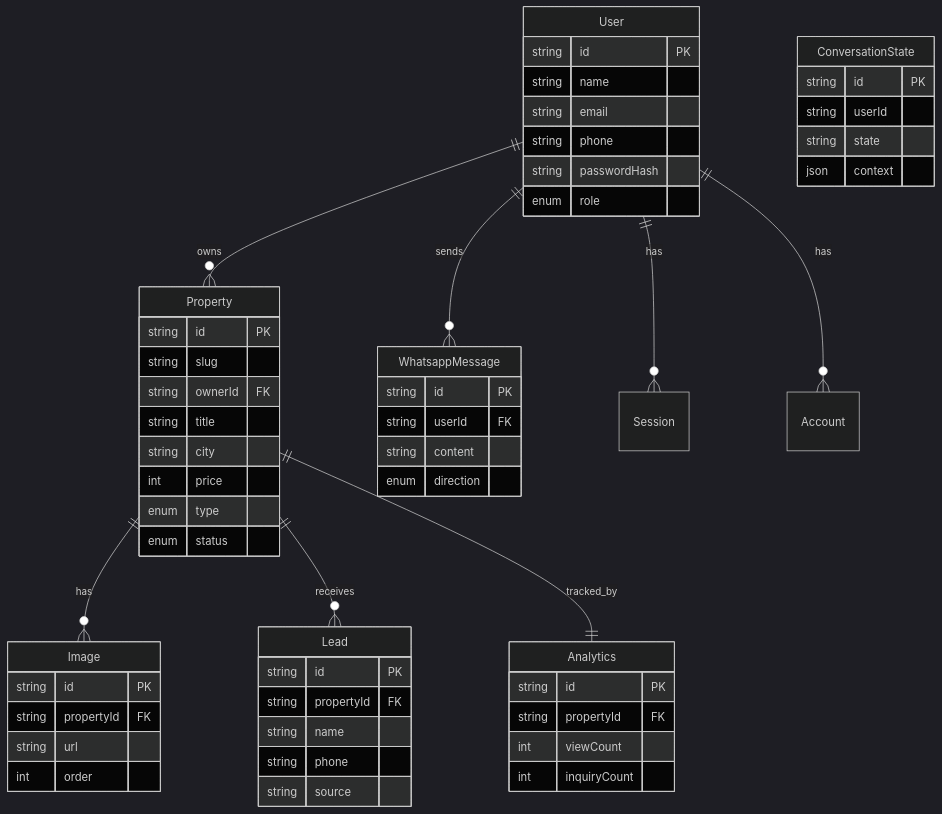
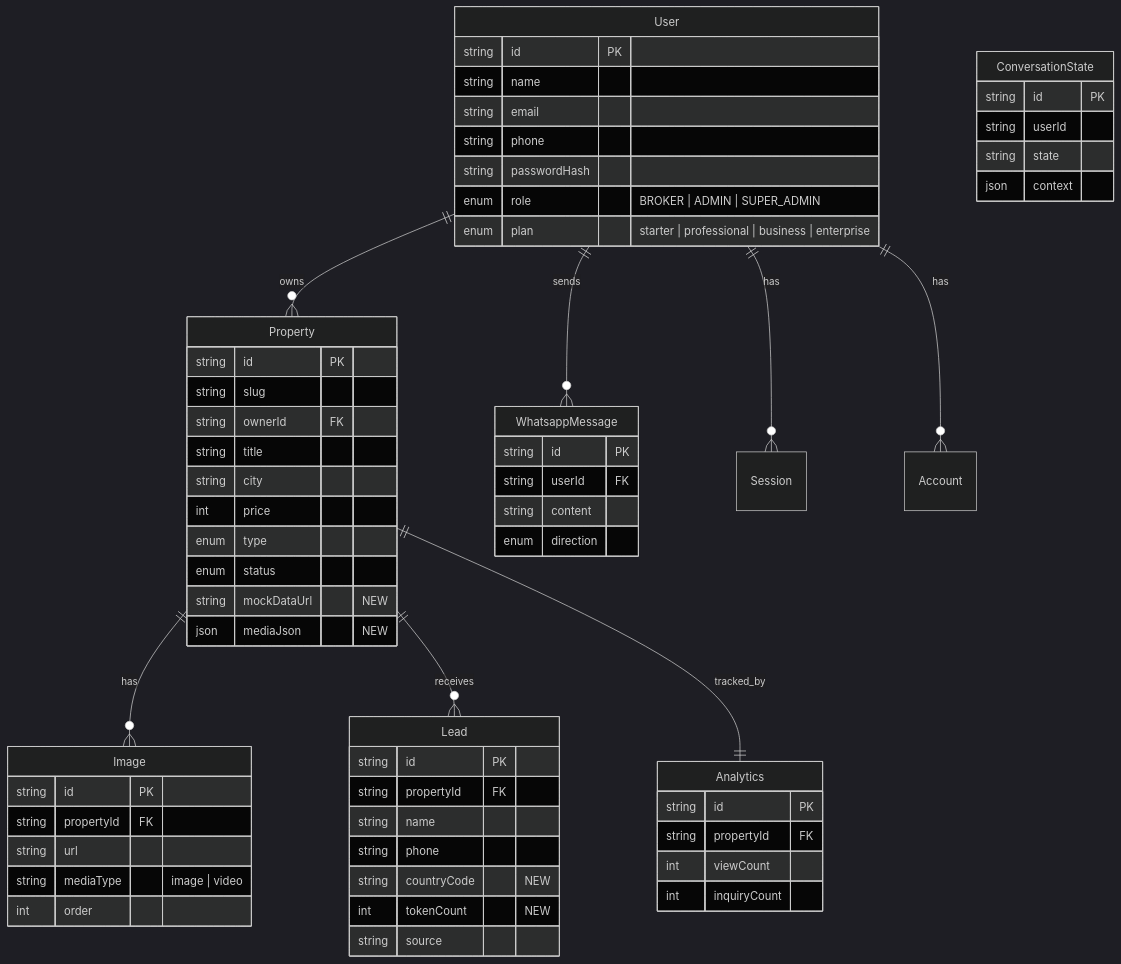
The third of 5 diagrams in README.md (DeadCoder-N/Soryvanta), drawn with Mermaid (dark theme) before and after one commit. The commit also changed other lines of this file and 28 other files, not shown here.

````diff
--- a/README.md
+++ b/README.md
@@ -492,60 +741,66 @@
 ```mermaid
 erDiagram
     User ||--o{ Property : owns
     User ||--o{ WhatsappMessage : sends
     User ||--o{ Session : has
     User ||--o{ Account : has
     Property ||--o{ Image : has
     Property ||--o{ Lead : receives
     Property ||--|| Analytics : tracked_by
 
     User {
         string id PK
         string name
         string email
         string phone
         string passwordHash
-        enum role
+        enum role "BROKER | ADMIN | SUPER_ADMIN"
+        enum plan "starter | professional | business | enterprise"
     }
     Property {
         string id PK
         string slug
         string ownerId FK
         string title
         string city
         int price
         enum type
         enum status
+        string mockDataUrl "NEW"
+        json mediaJson "NEW"
     }
     Image {
         string id PK
         string propertyId FK
         string url
+        string mediaType "image | video"
         int order
     }
     Lead {
         string id PK
         string propertyId FK
         string name
         string phone
+        string countryCode "NEW"
+        int tokenCount "NEW"
         string source
     }
     Analytics {
         string id PK
         string propertyId FK
         int viewCount
         int inquiryCount
     }
     WhatsappMessage {
         string id PK
         string userId FK
         string content
         enum direction
     }
     ConversationState {
         string id PK
         string userId
         string state
         json context
     }
 ```
````
